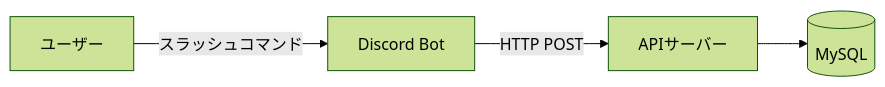
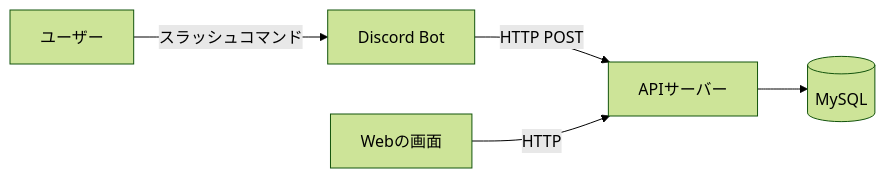
Before and after one commit to rabin0630/DiscordWorkLogger: the first of 3 diagrams in docs/attendance_requirements_and_design/basic_design.md, drawn with Mermaid (forest theme). The commit also changed other lines of this file and 1 other file, not shown here.

````diff
--- a/docs/attendance_requirements_and_design/basic_design.md
+++ b/docs/attendance_requirements_and_design/basic_design.md
@@ -10,6 +12,7 @@
 ```mermaid
 flowchart LR
     User[ユーザー] -->|スラッシュコマンド| Bot[Discord Bot]
     Bot -->|HTTP POST| API[APIサーバー]
+    Browser[Webの画面] -->|HTTP| API
     API --> DB[(MySQL)]
 ```
````
